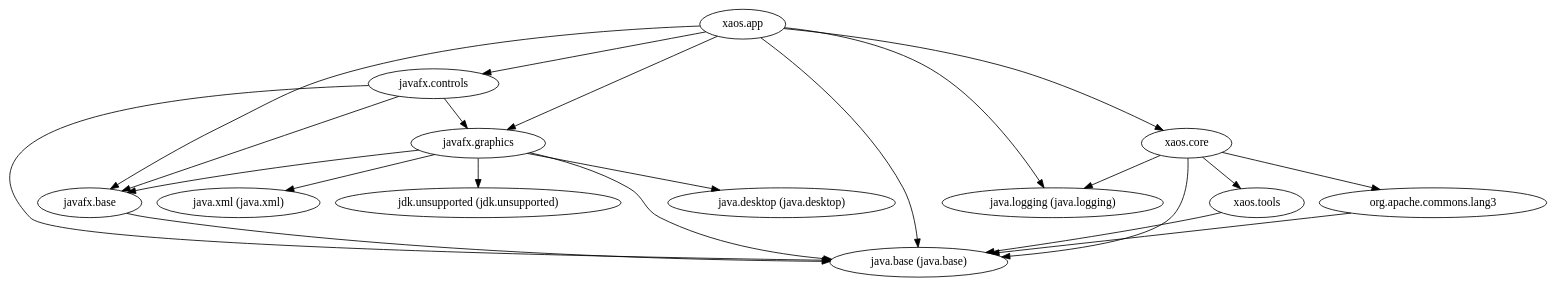
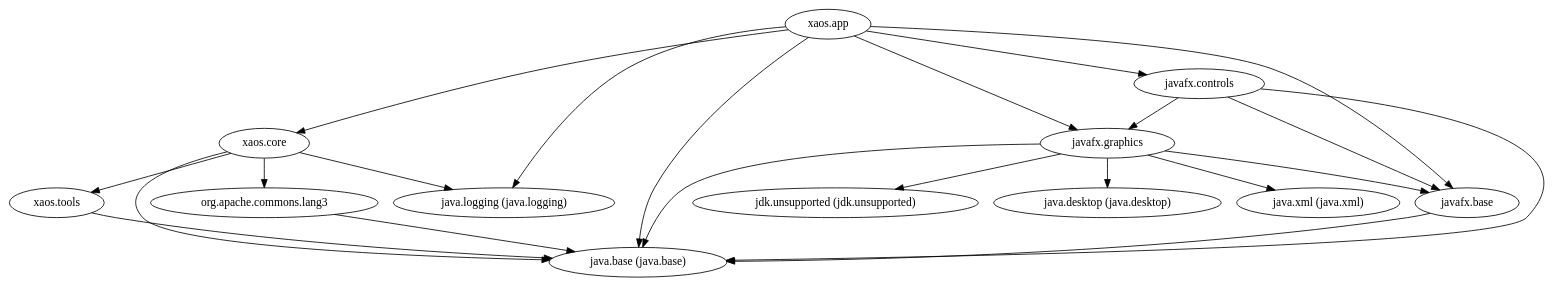
One commit to ESSICS/XAOS changed the diagram in xaos.app.module/doc/module-dependencies.dot. Above: the diagram before and after it, drawn with Graphviz. The commit also changed other lines of this file and 35 other files, not shown here.

```diff
--- a/xaos.app.module/doc/module-dependencies.dot
+++ b/xaos.app.module/doc/module-dependencies.dot
@@ -1,23 +1,23 @@
 digraph "summary" {
   "org.apache.commons.lang3"                         -> "java.base (java.base)";
+  "xaos.tools"                                       -> "java.base (java.base)";
   "xaos.core"                                        -> "java.base (java.base)";
   "xaos.core"                                        -> "java.logging (java.logging)";
   "xaos.core"                                        -> "org.apache.commons.lang3";
   "xaos.core"                                        -> "xaos.tools";
+  "xaos.app"                                         -> "java.base (java.base)";
+  "xaos.app"                                         -> "java.logging (java.logging)";
+  "xaos.app"                                         -> "javafx.base";
+  "xaos.app"                                         -> "javafx.controls";
+  "xaos.app"                                         -> "javafx.graphics";
+  "xaos.app"                                         -> "xaos.core";
   "javafx.graphics"                                  -> "java.base (java.base)";
   "javafx.graphics"                                  -> "java.desktop (java.desktop)";
   "javafx.graphics"                                  -> "java.xml (java.xml)";
   "javafx.graphics"                                  -> "javafx.base";
   "javafx.graphics"                                  -> "jdk.unsupported (jdk.unsupported)";
   "javafx.controls"                                  -> "java.base (java.base)";
   "javafx.controls"                                  -> "javafx.base";
   "javafx.controls"                                  -> "javafx.graphics";
-  "xaos.tools"                                       -> "java.base (java.base)";
   "javafx.base"                                      -> "java.base (java.base)";
-  "xaos.app"                                         -> "java.base (java.base)";
-  "xaos.app"                                         -> "java.logging (java.logging)";
-  "xaos.app"                                         -> "javafx.base";
-  "xaos.app"                                         -> "javafx.controls";
-  "xaos.app"                                         -> "javafx.graphics";
-  "xaos.app"                                         -> "xaos.core";
 }
```
